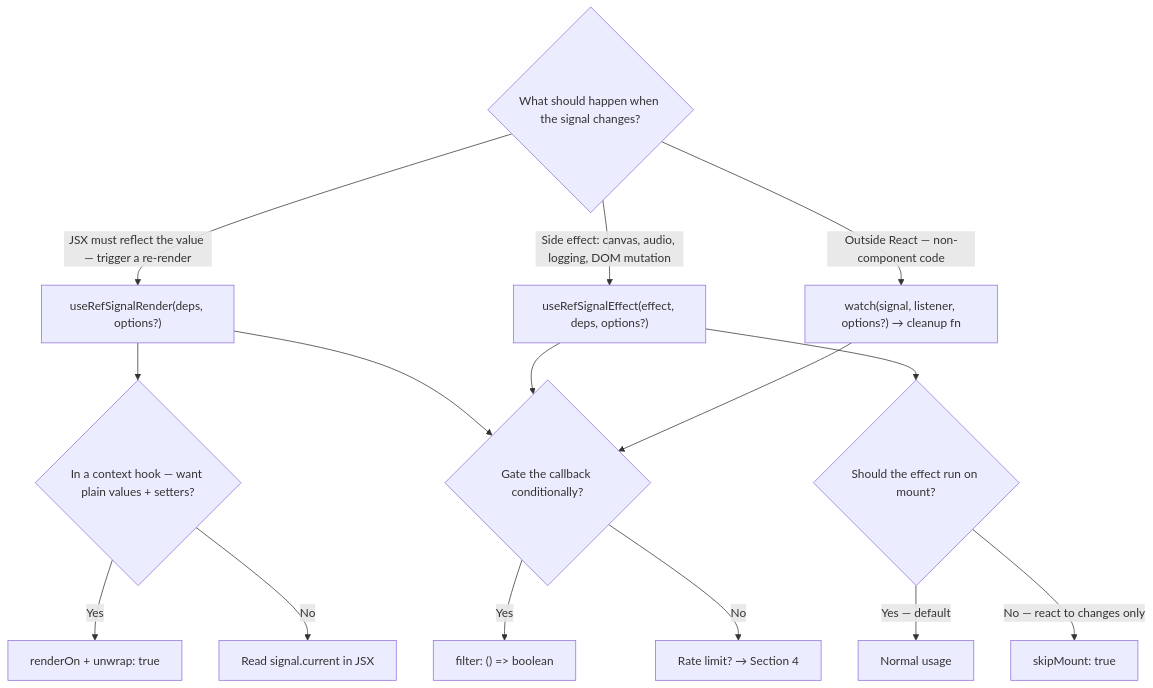
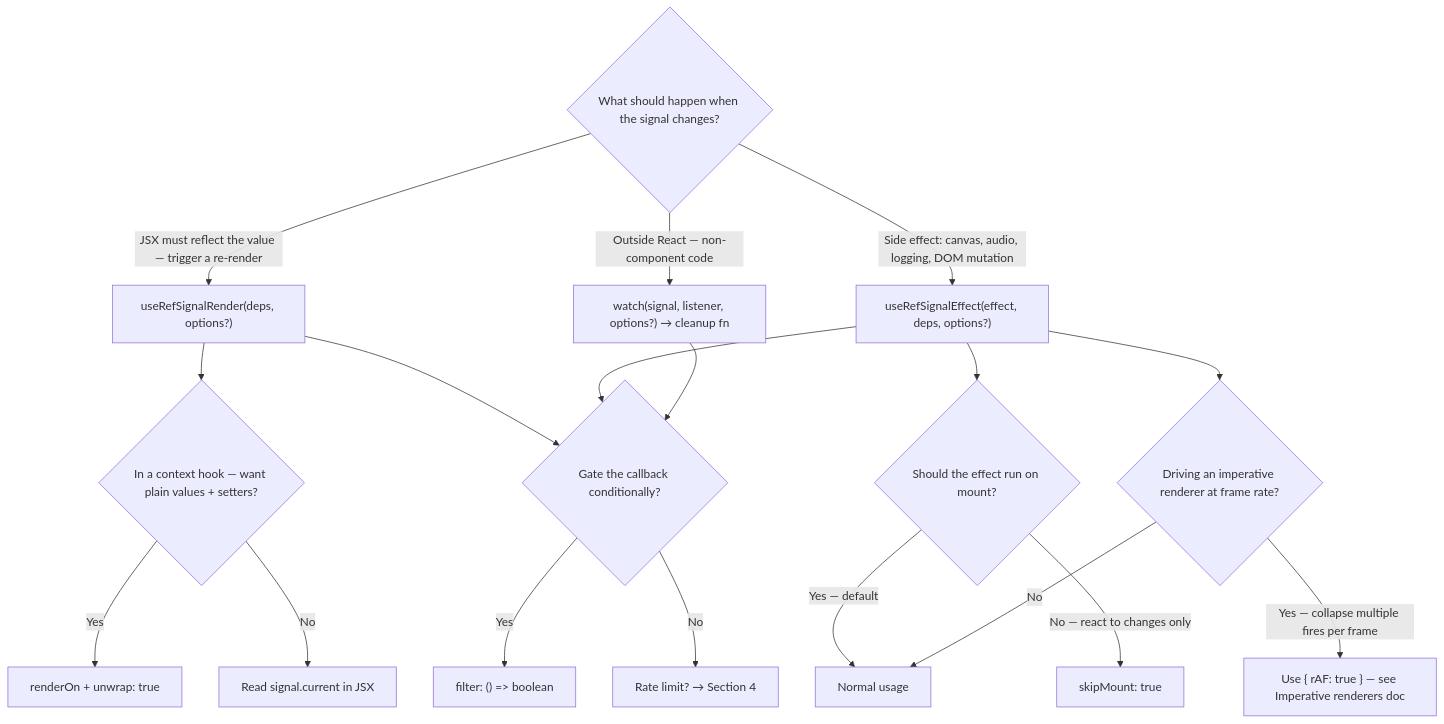
One commit to jav974/react-refsignal changed the third of 11 diagrams in docs/decision-tree.md. Above: the diagram before and after it, drawn with Mermaid. The commit also changed other lines of this file, not shown here.

Commit message:
docs: update imperative-renderers example

````diff
--- a/docs/decision-tree.md
+++ b/docs/decision-tree.md
@@ -63,20 +66,24 @@
 ```mermaid
 flowchart TD
     Q1{"What should happen when the signal changes?"}
 
     Q1 -->|"JSX must reflect the value — trigger a re-render"| A["useRefSignalRender(deps, options?)"]
     Q1 -->|"Side effect: canvas, audio, logging, DOM mutation"| B["useRefSignalEffect(effect, deps, options?)"]
     Q1 -->|"Outside React — non-component code"| C["watch(signal, listener, options?) → cleanup fn"]
 
     A --> Q2{"In a context hook — want plain values + setters?"}
     Q2 -->|Yes| D["renderOn + unwrap: true"]
     Q2 -->|No| E["Read signal.current in JSX"]
 
     B --> Q3{"Should the effect run on mount?"}
     Q3 -->|"Yes — default"| F[Normal usage]
     Q3 -->|"No — react to changes only"| G["skipMount: true"]
 
+    B --> Q3b{"Driving an imperative renderer at frame rate?"}
+    Q3b -->|"Yes — collapse multiple fires per frame"| Ga["Use { rAF: true } — see Imperative renderers doc"]
+    Q3b -->|No| F
+
     A & B & C --> Q4{"Gate the callback conditionally?"}
     Q4 -->|Yes| H["filter: () => boolean"]
     Q4 -->|No| I["Rate limit? → Section 4"]
 ```
````
